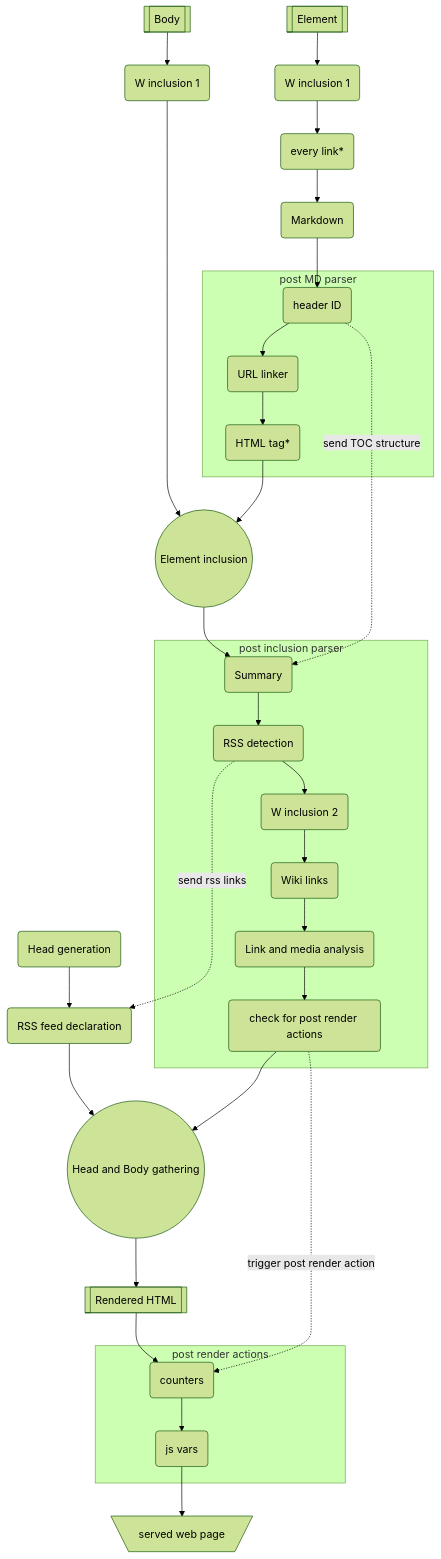
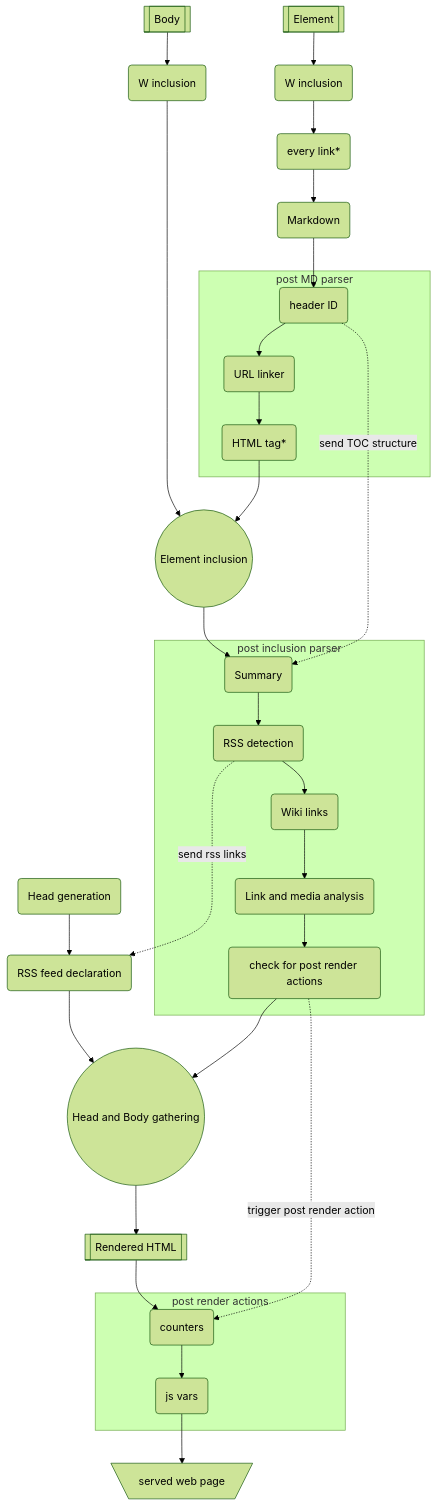
Before and after one commit to vincent-peugnet/wcms: the diagram in RENDER.md, drawn with Mermaid (forest theme). The commit also changed other lines of this file and 1 other file, not shown here.

````diff
--- a/RENDER.md
+++ b/RENDER.md
@@ -7,42 +7,41 @@
 ```mermaid
 flowchart TD
 
     0A(Head generation) -->
     0rss(RSS feed declaration) --> 3B
 
     2A[[Body]] -->
-    2B(W inclusion 1)  ------->
+    2B(W inclusion)  ------->
     2C((Element inclusion)) --> 2D
     subgraph "post inclusion parser"
         2D(Summary) -->
         2rss(RSS detection) -->
-        2F(W inclusion 2) -->
         2H(Wiki links) -->
         2I(Link and media analysis) -->
         2pp(check for post render actions)
     end
     2pp -->
     3B((Head and Body gathering)) -->
     3C[[Rendered HTML]] --> 4c
     subgraph "post render actions"
         4c(counters) -->
         4j(js vars)
     end
     4j --> 5[\served web page/]
 
 
     1A[[Element]] -->
-    1B(W inclusion 1) -->
+    1B(W inclusion) -->
     1C(every link*) -->
     1D(Markdown) --> 1E
     subgraph "post MD parser"
         1E(header ID) -->
         1F(URL linker) -->
         1G(HTML tag*)
     end
     1G --> 2C
 
     1E -. "send TOC structure" .-> 2D
     2rss -. "send rss links" .-> 0rss
     2pp -. trigger post render action .-> 4c
 ```
````
